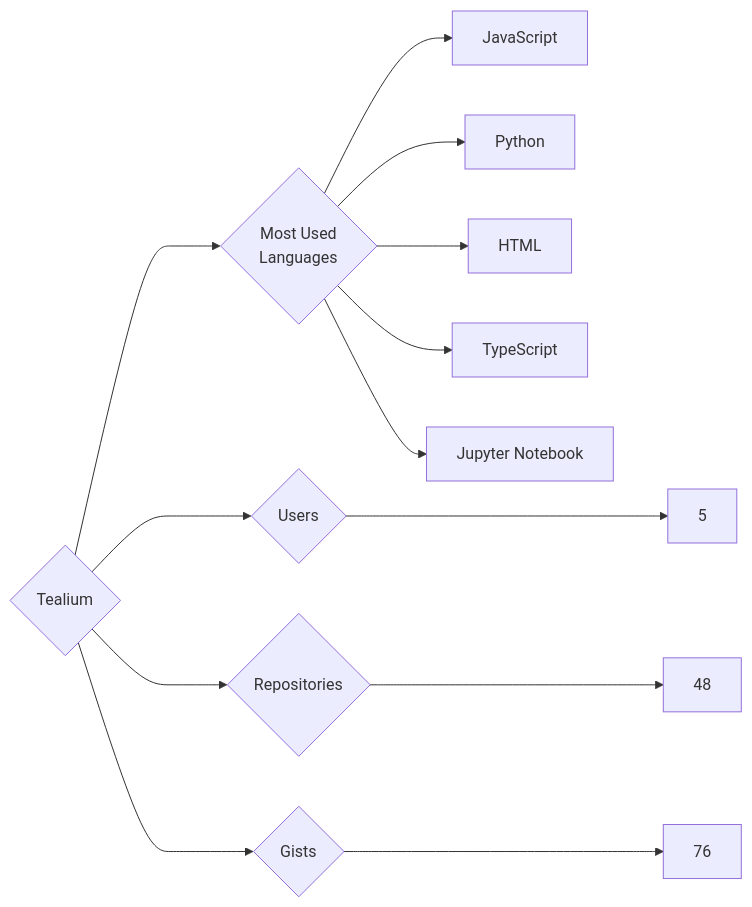
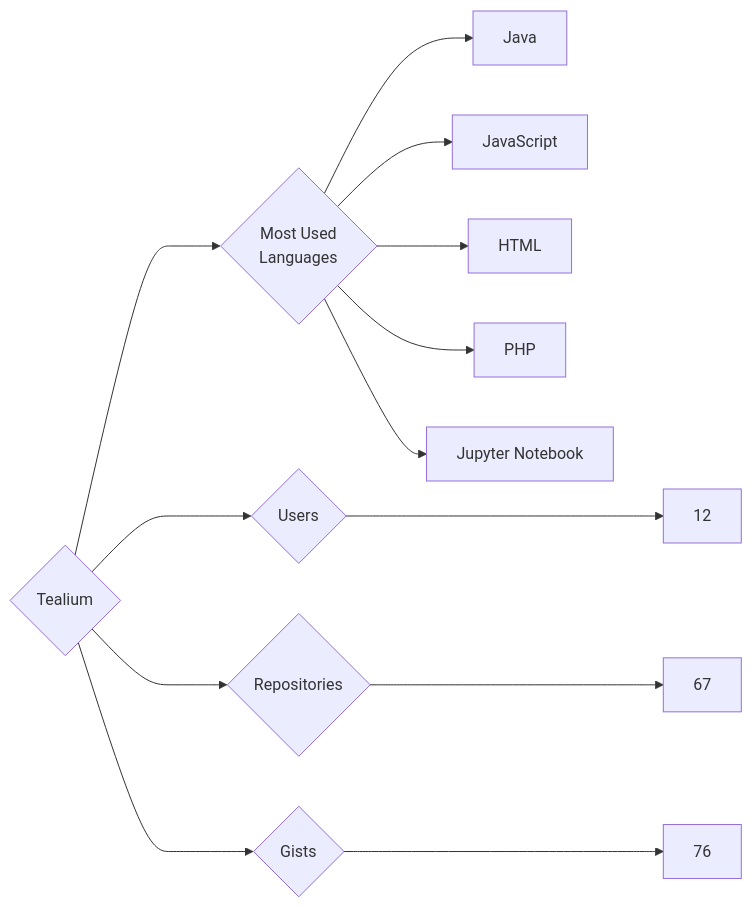
Before and after one commit to trickest/insiders: the diagram in targets/Tealium/README.md, drawn with Mermaid. The commit also changed 797 other files, not shown here.

````diff
--- a/targets/Tealium/README.md
+++ b/targets/Tealium/README.md
@@ -3,13 +3,13 @@
 ```mermaid
 graph LR
 COMPANY_NAME{Tealium}
-COMPANY_NAME ---> U{Users} ---> UN[5]
-COMPANY_NAME ---> R{Repositories} ---> RN[48]
+COMPANY_NAME ---> U{Users} ---> UN[12]
+COMPANY_NAME ---> R{Repositories} ---> RN[67]
 COMPANY_NAME ---> G{Gists} ---> GN[76]
 COMPANY_NAME ---> ML{Most Used<br>Languages}
+ML --> Java[Java]
 ML --> JavaScript[JavaScript]
-ML --> Python[Python]
 ML --> HTML[HTML]
-ML --> TypeScript[TypeScript]
+ML --> PHP[PHP]
 ML --> Jupyter_Notebook[Jupyter Notebook]
 ```
````
